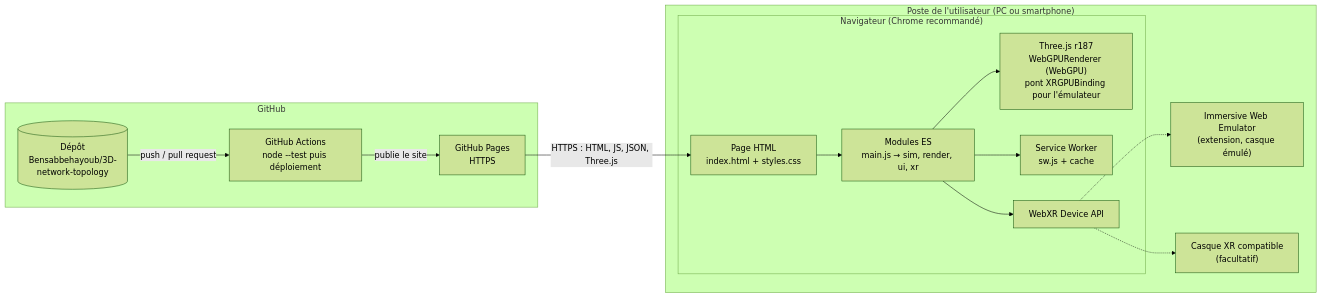
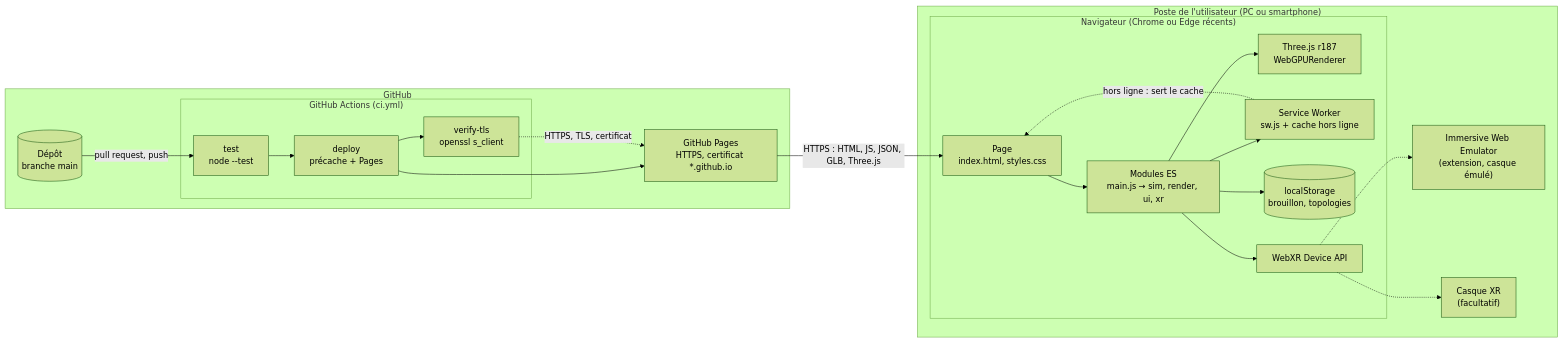
Before and after one commit to Bensabbehayoub/3D-network-topology: the second of 6 diagrams in docs/architecture.md, drawn with Mermaid (forest theme). The commit also changed other lines of this file and 23 other files, not shown here.

````diff
--- a/docs/architecture.md
+++ b/docs/architecture.md
@@ -16,27 +88,32 @@
 ```mermaid
 flowchart LR
     subgraph poste["Poste de l'utilisateur (PC ou smartphone)"]
-      subgraph chrome["Navigateur (Chrome recommandé)"]
-        page["Page HTML<br/>index.html + styles.css"]
+      subgraph chrome["Navigateur (Chrome ou Edge récents)"]
+        page["Page<br/>index.html, styles.css"]
         js["Modules ES<br/>main.js → sim, render, ui, xr"]
-        three["Three.js r187<br/>WebGPURenderer (WebGPU)<br/>pont XRGPUBinding pour l'émulateur"]
-        sw["Service Worker<br/>sw.js + cache"]
+        gpu["Three.js r187<br/>WebGPURenderer"]
+        sw["Service Worker<br/>sw.js + cache hors ligne"]
+        ls[("localStorage<br/>brouillon, topologies")]
         xrapi["WebXR Device API"]
       end
       iwe["Immersive Web Emulator<br/>(extension, casque émulé)"]
-      casque["Casque XR compatible<br/>(facultatif)"]
+      casque["Casque XR<br/>(facultatif)"]
     end
     subgraph github["GitHub"]
-      repo[("Dépôt<br/>Bensabbehayoub/3D-network-topology")]
-      ci["GitHub Actions<br/>node --test puis déploiement"]
-      pages["GitHub Pages<br/>HTTPS"]
+      repo[("Dépôt<br/>branche main")]
+      subgraph actions["GitHub Actions (ci.yml)"]
+        test["test<br/>node --test"]
+        deploy["deploy<br/>précache + Pages"]
+        verify["verify-tls<br/>openssl s_client"]
+      end
+      pages["GitHub Pages<br/>HTTPS, certificat *.github.io"]
     end
-    repo -- "push / pull request" --> ci
-    ci -- "publie le site" --> pages
-    pages -- "HTTPS : HTML, JS, JSON, Three.js" --> page
-    page --> js --> three
-    js --> sw
-    js --> xrapi
+    repo -- "pull request, push" --> test --> deploy --> pages
+    deploy --> verify -. "HTTPS, TLS, certificat" .-> pages
+    pages -- "HTTPS : HTML, JS, JSON, GLB, Three.js" --> page
+    sw -. "hors ligne : sert le cache" .-> page
+    page --> js --> gpu
+    js --> sw & ls & xrapi
     xrapi -.-> iwe
     xrapi -.-> casque
 ```
````
